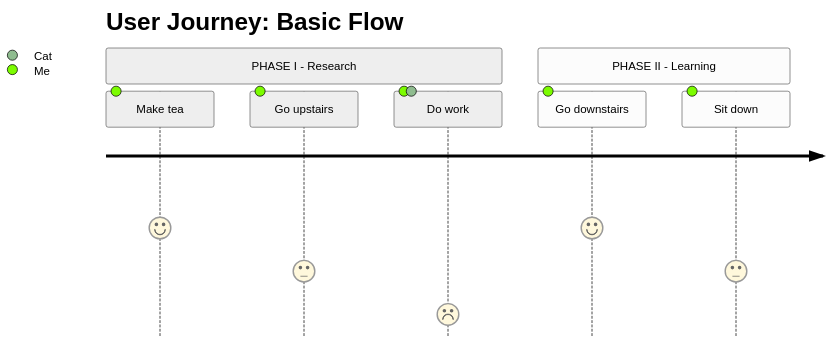
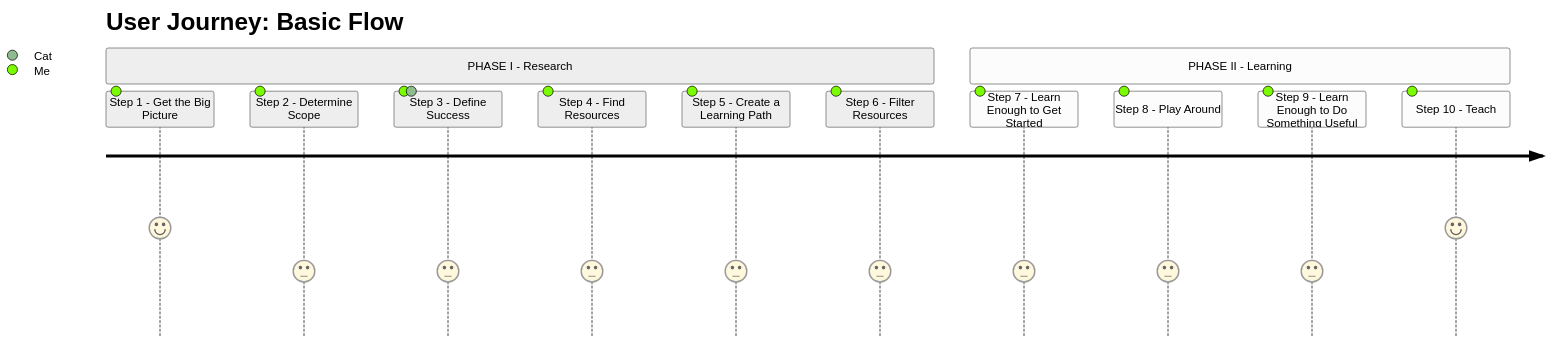
The diagram in basic-flow.qmd (vanHeemstraSystems/-learning-security-cyber-security), drawn with Mermaid (neutral theme) before and after one commit. The commit also changed other lines of this file, not shown here.

````diff
--- a/basic-flow.qmd
+++ b/basic-flow.qmd
@@ -7,11 +7,16 @@
 ```{mermaid}
 journey
     title User Journey: Basic Flow
     section PHASE I - Research
-      Make tea: 5: Me
-      Go upstairs: 3: Me
-      Do work: 1: Me, Cat
+      Step 1 - Get the Big Picture: 5: Me
+      Step 2 - Determine Scope: 3: Me
+      Step 3 - Define Success: 3: Me, Cat
+      Step 4 - Find Resources: 3: Me
+      Step 5 - Create a Learning Path: 3: Me
+      Step 6 - Filter Resources: 3: Me
     section PHASE II - Learning
-      Go downstairs: 5: Me
-      Sit down: 3: Me
+      Step 7 - Learn Enough to Get Started: 3: Me
+      Step 8 - Play Around: 3: Me
+      Step 9 - Learn Enough to Do Something Useful: 3: Me
+      Step 10 - Teach: 5: Me  
 ```      
````
